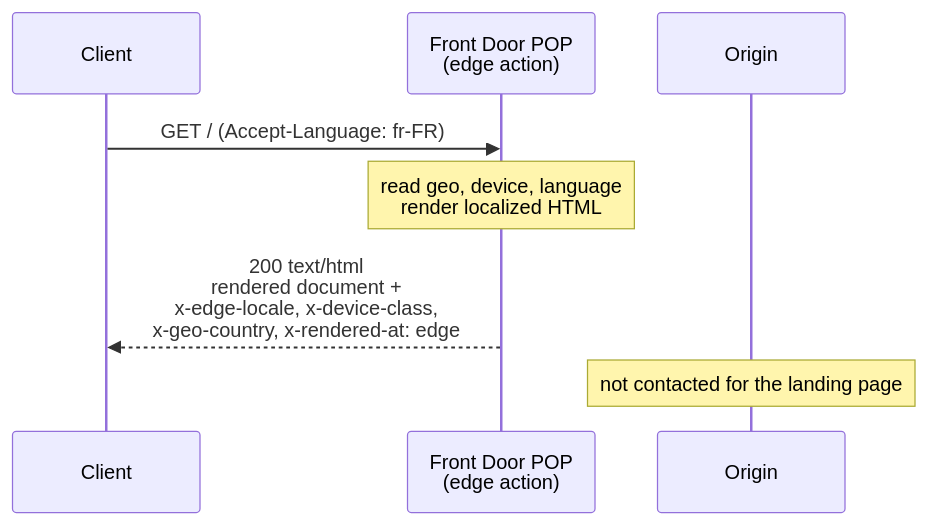
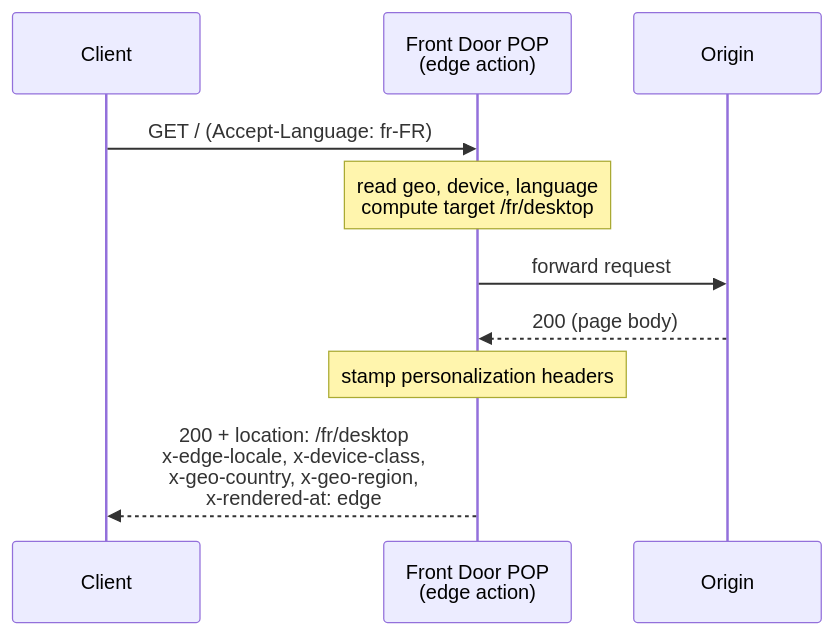
One commit to Azure/EdgeActionsSamples changed the diagram in src/edgeactions-js/ssr-landing-page/README.md. Above: the diagram before and after it, drawn with Mermaid. The commit also changed other lines of this file and 2 other files, not shown here.

First line of the commit message:
revert(ssr-landing-page): drop edge-rendered HTML body (unsupported on AFD)

````diff
--- a/src/edgeactions-js/ssr-landing-page/README.md
+++ b/src/edgeactions-js/ssr-landing-page/README.md
@@ -8,11 +8,13 @@
 ```mermaid
 sequenceDiagram
     participant Client
     participant Edge as Front Door POP<br/>(edge action)
     participant Origin
 
     Client->>Edge: GET / (Accept-Language: fr-FR)
-    Note over Edge: read geo, device, language<br/>render localized HTML
-    Edge-->>Client: 200 text/html<br/>rendered document +<br/>x-edge-locale, x-device-class,<br/>x-geo-country, x-rendered-at: edge
-    Note over Origin: not contacted for the landing page
+    Note over Edge: read geo, device, language<br/>compute target /fr/desktop
+    Edge->>Origin: forward request
+    Origin-->>Edge: 200 (page body)
+    Note over Edge: stamp personalization headers
+    Edge-->>Client: 200 + location: /fr/desktop<br/>x-edge-locale, x-device-class,<br/>x-geo-country, x-geo-region,<br/>x-rendered-at: edge
 ```
````
